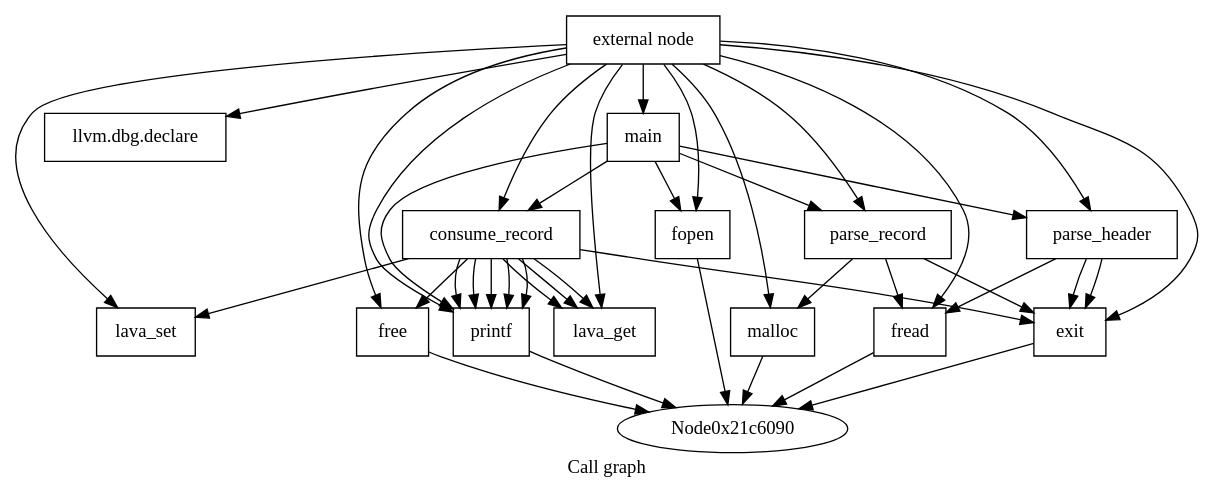
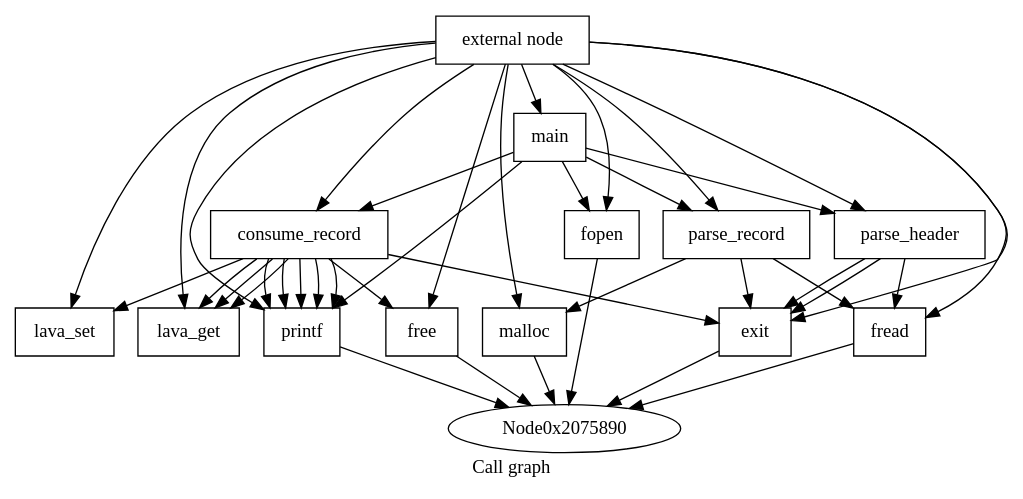
One commit to Manouchehri/sim-fuzz-1 changed the diagram in callgraph.dot. Above: the diagram before and after it, drawn with Graphviz. The commit also changed 15 other files, not shown here.

```diff
--- a/callgraph.dot
+++ b/callgraph.dot
@@ -1,59 +1,57 @@
 digraph "Call graph" {
 	label="Call graph";
 
-	Node0x21c6060 [shape=record,label="{external node}"];
-	Node0x21c6060 -> Node0x21c6100;
-	Node0x21c6060 -> Node0x21c61a0;
-	Node0x21c6060 -> Node0x21c6130;
-	Node0x21c6060 -> Node0x21c62a0;
-	Node0x21c6060 -> Node0x2206600;
-	Node0x21c6060 -> Node0x22066a0;
-	Node0x21c6060 -> Node0x2206870;
-	Node0x21c6060 -> Node0x22068e0;
-	Node0x21c6060 -> Node0x2206a10;
-	Node0x21c6060 -> Node0x22067a0;
-	Node0x21c6060 -> Node0x22067d0;
-	Node0x21c6060 -> Node0x2206cc0;
-	Node0x21c6060 -> Node0x2206d30;
-	Node0x21c6130 [shape=record,label="{lava_get}"];
-	Node0x21c6100 [shape=record,label="{lava_set}"];
-	Node0x21c61a0 [shape=record,label="{llvm.dbg.declare}"];
-	Node0x22067d0 [shape=record,label="{free}"];
-	Node0x22067d0 -> Node0x21c6090;
-	Node0x2206cc0 [shape=record,label="{main}"];
-	Node0x2206cc0 -> Node0x2206d30;
-	Node0x2206cc0 -> Node0x21c62a0;
-	Node0x2206cc0 -> Node0x22067a0;
-	Node0x2206cc0 -> Node0x2206870;
-	Node0x2206cc0 -> Node0x2206a10;
-	Node0x21c62a0 [shape=record,label="{parse_header}"];
-	Node0x21c62a0 -> Node0x2206600;
-	Node0x21c62a0 -> Node0x22066a0;
-	Node0x21c62a0 -> Node0x22066a0;
-	Node0x2206600 [shape=record,label="{fread}"];
-	Node0x2206600 -> Node0x21c6090;
-	Node0x22066a0 [shape=record,label="{exit}"];
-	Node0x22066a0 -> Node0x21c6090;
-	Node0x2206870 [shape=record,label="{parse_record}"];
-	Node0x2206870 -> Node0x22068e0;
-	Node0x2206870 -> Node0x2206600;
-	Node0x2206870 -> Node0x22066a0;
-	Node0x22068e0 [shape=record,label="{malloc}"];
-	Node0x22068e0 -> Node0x21c6090;
-	Node0x2206a10 [shape=record,label="{consume_record}"];
-	Node0x2206a10 -> Node0x22067a0;
-	Node0x2206a10 -> Node0x21c6100;
-	Node0x2206a10 -> Node0x21c6130;
-	Node0x2206a10 -> Node0x21c6130;
-	Node0x2206a10 -> Node0x21c6130;
-	Node0x2206a10 -> Node0x22067a0;
-	Node0x2206a10 -> Node0x22067a0;
-	Node0x2206a10 -> Node0x22067a0;
-	Node0x2206a10 -> Node0x22067a0;
-	Node0x2206a10 -> Node0x22066a0;
-	Node0x2206a10 -> Node0x22067d0;
-	Node0x22067a0 [shape=record,label="{printf}"];
-	Node0x22067a0 -> Node0x21c6090;
-	Node0x2206d30 [shape=record,label="{fopen}"];
-	Node0x2206d30 -> Node0x21c6090;
+	Node0x2075860 [shape=record,label="{external node}"];
+	Node0x2075860 -> Node0x2075900;
+	Node0x2075860 -> Node0x2075960;
+	Node0x2075860 -> Node0x2075930;
+	Node0x2075860 -> Node0x207a470;
+	Node0x2075860 -> Node0x207a510;
+	Node0x2075860 -> Node0x207a3e0;
+	Node0x2075860 -> Node0x208d720;
+	Node0x2075860 -> Node0x208d850;
+	Node0x2075860 -> Node0x208d8c0;
+	Node0x2075860 -> Node0x208d8f0;
+	Node0x2075860 -> Node0x208d670;
+	Node0x2075860 -> Node0x208d960;
+	Node0x2075930 [shape=record,label="{parse_header}"];
+	Node0x2075930 -> Node0x207a470;
+	Node0x2075930 -> Node0x207a510;
+	Node0x2075930 -> Node0x207a510;
+	Node0x2075900 [shape=record,label="{lava_set}"];
+	Node0x2075960 [shape=record,label="{lava_get}"];
+	Node0x208d670 [shape=record,label="{main}"];
+	Node0x208d670 -> Node0x208d960;
+	Node0x208d670 -> Node0x2075930;
+	Node0x208d670 -> Node0x208d8c0;
+	Node0x208d670 -> Node0x207a3e0;
+	Node0x208d670 -> Node0x208d850;
+	Node0x208d960 [shape=record,label="{fopen}"];
+	Node0x208d960 -> Node0x2075890;
+	Node0x207a470 [shape=record,label="{fread}"];
+	Node0x207a470 -> Node0x2075890;
+	Node0x207a510 [shape=record,label="{exit}"];
+	Node0x207a510 -> Node0x2075890;
+	Node0x207a3e0 [shape=record,label="{parse_record}"];
+	Node0x207a3e0 -> Node0x208d720;
+	Node0x207a3e0 -> Node0x207a470;
+	Node0x207a3e0 -> Node0x207a510;
+	Node0x208d720 [shape=record,label="{malloc}"];
+	Node0x208d720 -> Node0x2075890;
+	Node0x208d850 [shape=record,label="{consume_record}"];
+	Node0x208d850 -> Node0x208d8c0;
+	Node0x208d850 -> Node0x2075900;
+	Node0x208d850 -> Node0x2075960;
+	Node0x208d850 -> Node0x2075960;
+	Node0x208d850 -> Node0x2075960;
+	Node0x208d850 -> Node0x208d8c0;
+	Node0x208d850 -> Node0x208d8c0;
+	Node0x208d850 -> Node0x208d8c0;
+	Node0x208d850 -> Node0x208d8c0;
+	Node0x208d850 -> Node0x207a510;
+	Node0x208d850 -> Node0x208d8f0;
+	Node0x208d8c0 [shape=record,label="{printf}"];
+	Node0x208d8c0 -> Node0x2075890;
+	Node0x208d8f0 [shape=record,label="{free}"];
+	Node0x208d8f0 -> Node0x2075890;
 }
```
